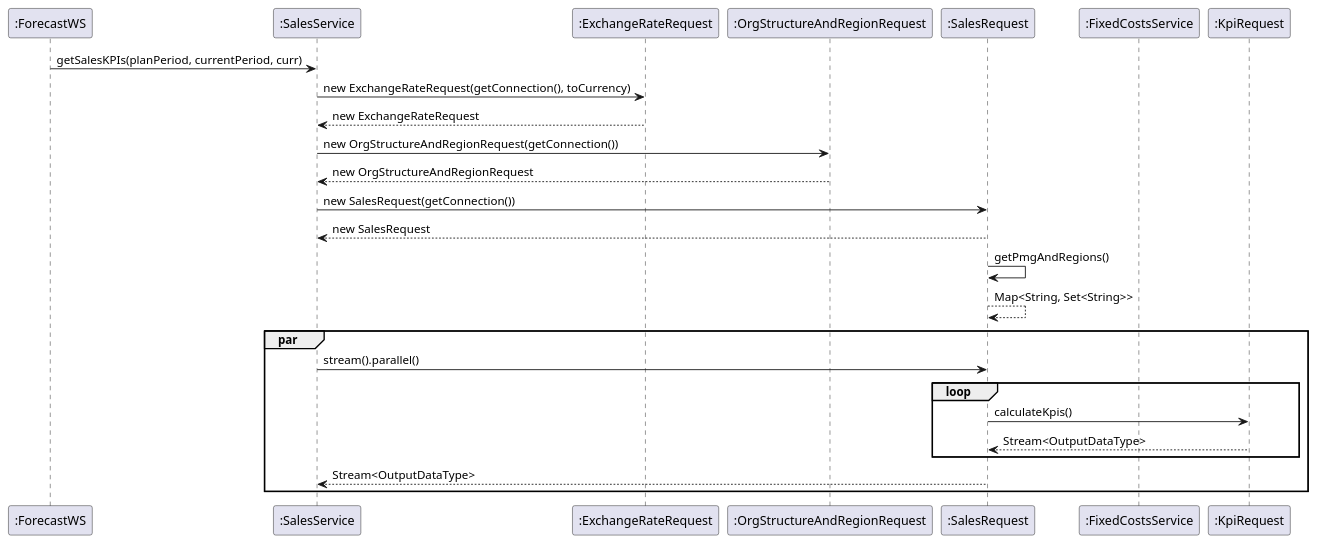
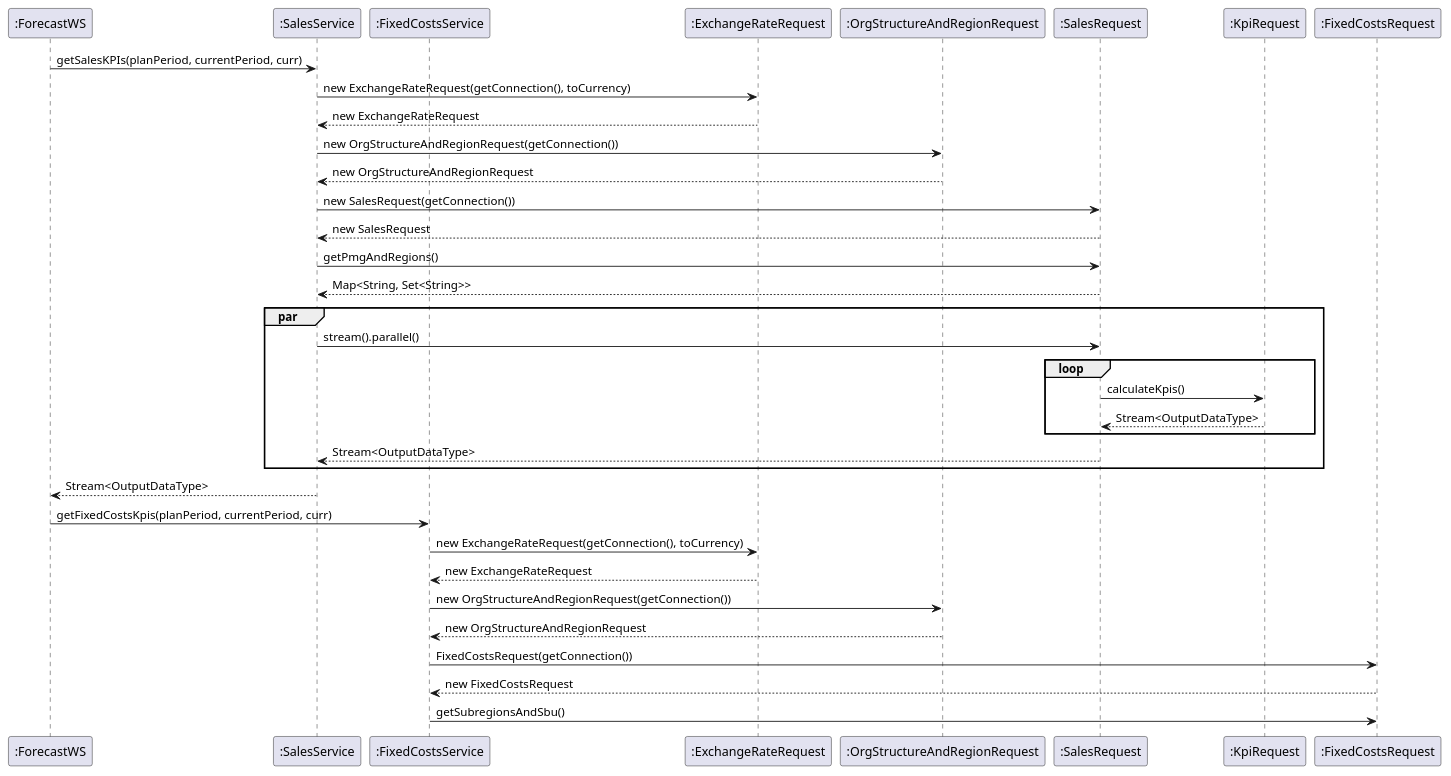
The diagram in diagrams/sequence/sequence_parallel_streams.puml (wagnst/forecast-cassandra), drawn with PlantUML before and after one commit. The commit also changed 1 other file, not shown here.

Commit message:
updated sequence diagramm

```diff
--- a/diagrams/sequence/sequence_parallel_streams.puml
+++ b/diagrams/sequence/sequence_parallel_streams.puml
@@ -1,38 +1,51 @@
 @startuml
 
 
 participant  ":ForecastWS"
 participant  ":SalesService"
+participant  ":FixedCostsService"
 participant  ":ExchangeRateRequest"
 participant  ":OrgStructureAndRegionRequest"
 participant  ":SalesRequest"
-participant  ":FixedCostsService"
 participant  ":KpiRequest"
 
 ":ForecastWS" -> ":SalesService" : getSalesKPIs(planPeriod, currentPeriod, curr)
 ":SalesService" -> ":ExchangeRateRequest" : new ExchangeRateRequest(getConnection(), toCurrency)
 ":ExchangeRateRequest" --> ":SalesService" : new ExchangeRateRequest
 ":SalesService" ->  ":OrgStructureAndRegionRequest" : new OrgStructureAndRegionRequest(getConnection())
 ":OrgStructureAndRegionRequest" --> ":SalesService" : new OrgStructureAndRegionRequest
 ":SalesService" ->  ":SalesRequest" : new SalesRequest(getConnection())
 ":SalesRequest" --> ":SalesService" : new SalesRequest
-":SalesRequest" -> ":SalesRequest" : getPmgAndRegions()
-":SalesRequest" --> ":SalesRequest" : Map<String, Set<String>>
+":SalesService" -> ":SalesRequest" : getPmgAndRegions()
+":SalesRequest" --> ":SalesService" : Map<String, Set<String>>
 par
     ":SalesService" -> ":SalesRequest": stream().parallel()
     loop
         ":SalesRequest" -> ":KpiRequest" : calculateKpis()
         ":KpiRequest"  --> ":SalesRequest" : Stream<OutputDataType>
     end
     ":SalesRequest" --> ":SalesService" : Stream<OutputDataType>
 end
+
+":SalesService" --> ":ForecastWS" : Stream<OutputDataType>
+
+
+
+":ForecastWS" -> ":FixedCostsService" : getFixedCostsKpis(planPeriod, currentPeriod, curr)
+":FixedCostsService" -> ":ExchangeRateRequest" : new ExchangeRateRequest(getConnection(), toCurrency)
+":ExchangeRateRequest" --> ":FixedCostsService" : new ExchangeRateRequest
+":FixedCostsService" ->  ":OrgStructureAndRegionRequest" : new OrgStructureAndRegionRequest(getConnection())
+":OrgStructureAndRegionRequest" --> ":FixedCostsService" : new OrgStructureAndRegionRequest
+":FixedCostsService" -> ":FixedCostsRequest" : FixedCostsRequest(getConnection())
+":FixedCostsRequest" --> ":FixedCostsService" : new FixedCostsRequest
+":FixedCostsService" -> ":FixedCostsRequest" : getSubregionsAndSbu()
 
 
 
 
 
 
 
 
 
 @enduml
```
